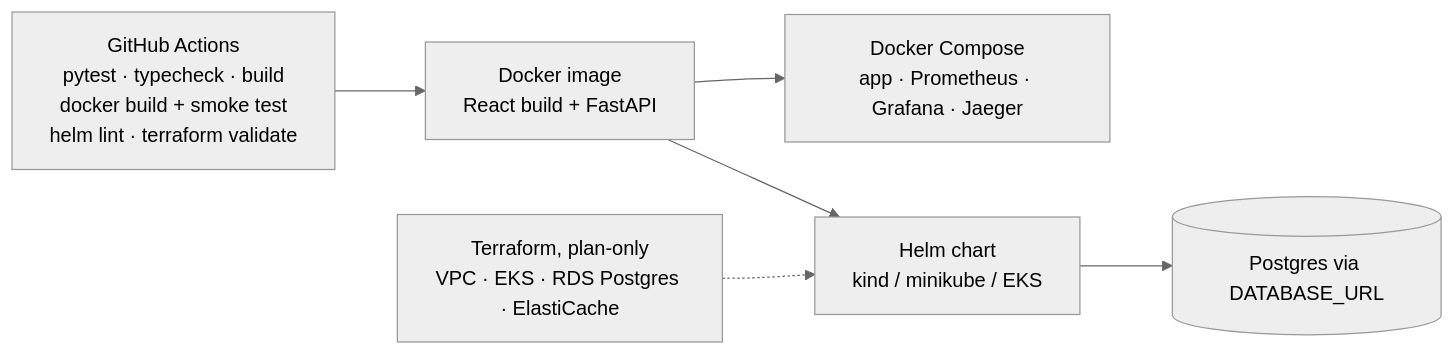
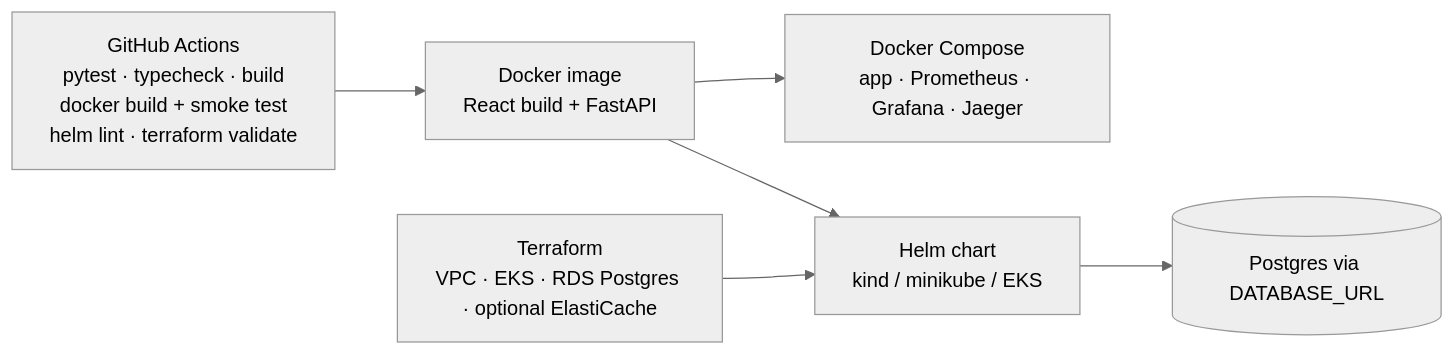
One commit to Sim2200/grocery-price-optimizer changed the second of 2 diagrams in README.md. Above: the diagram before and after it, drawn with Mermaid (neutral theme). The commit also changed other lines of this file, not shown here.

````diff
--- a/README.md
+++ b/README.md
@@ -462,8 +462,8 @@
 ```mermaid
 flowchart LR
     GH[GitHub Actions<br/>pytest · typecheck · build<br/>docker build + smoke test<br/>helm lint · terraform validate] --> IMG[Docker image<br/>React build + FastAPI]
     IMG --> DC[Docker Compose<br/>app · Prometheus · Grafana · Jaeger]
     IMG --> K8S[Helm chart<br/>kind / minikube / EKS]
-    TF[Terraform, plan-only<br/>VPC · EKS · RDS Postgres · ElastiCache] -.-> K8S
+    TF[Terraform<br/>VPC · EKS · RDS Postgres · optional ElastiCache] --> K8S
     K8S --> RDS[(Postgres via DATABASE_URL)]
 ```
````
